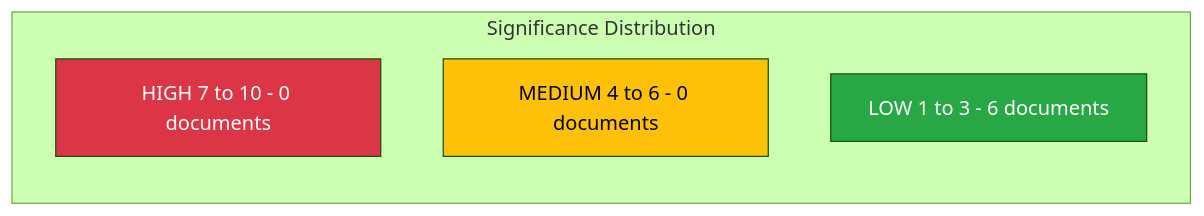
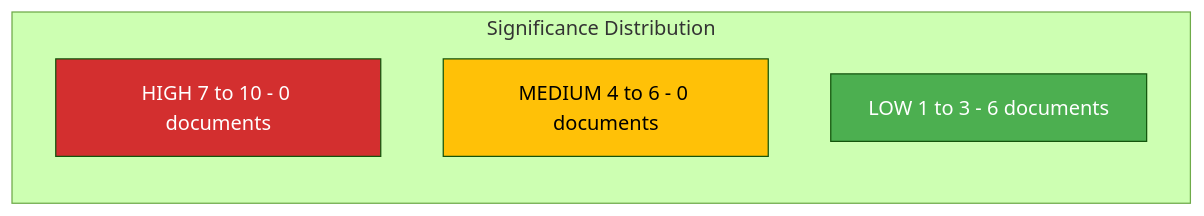
Before and after one commit to Hack23/riksdagsmonitor: the diagram in analysis/daily/2026-04-10/realtime-1026/significance-scoring.md, drawn with Mermaid (forest theme). The commit also changed 785 other files, not shown here.

First line of the commit message:
Normalize mermaid colors across 786 analysis artifacts to ISMS Style Guide palette

````diff
--- a/analysis/daily/2026-04-10/realtime-1026/significance-scoring.md
+++ b/analysis/daily/2026-04-10/realtime-1026/significance-scoring.md
@@ -17,12 +17,12 @@
 ```mermaid
 graph LR
     subgraph Significance Distribution
         HIGH[HIGH 7 to 10 - 0 documents]
         MED[MEDIUM 4 to 6 - 0 documents]
         LOW[LOW 1 to 3 - 6 documents]
     end
 
-    style HIGH fill:#dc3545,color:#fff
-    style MED fill:#ffc107,color:#000
-    style LOW fill:#28a745,color:#fff
+    style HIGH fill:#D32F2F,color:#FFFFFF
+    style MED fill:#FFC107,color:#000000
+    style LOW fill:#4CAF50,color:#FFFFFF
 ```
````
